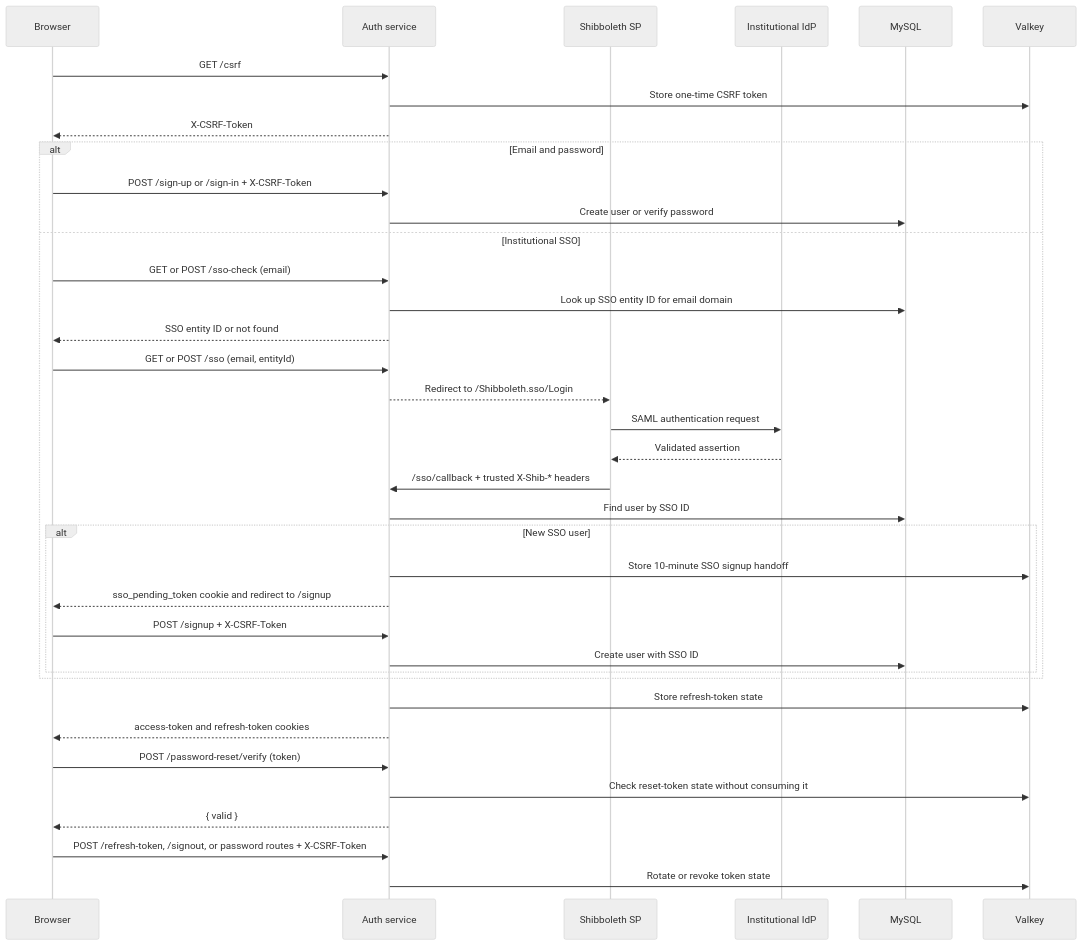
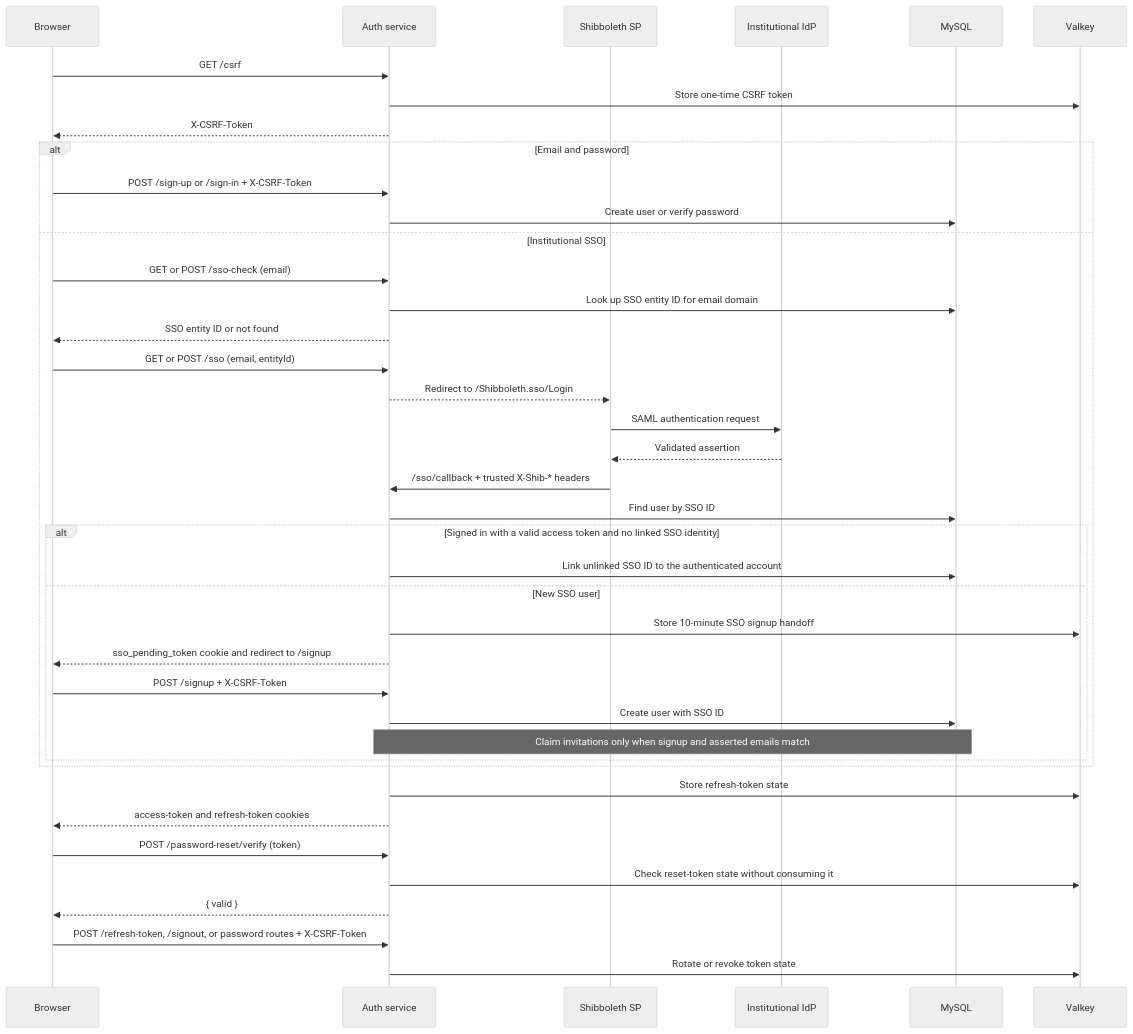
Before and after one commit to CDLUC3/dmptool-auth: the third of 4 diagrams in README.md, drawn with Mermaid (neutral theme). The commit also changed other lines of this file and 4 other files, not shown here.

Commit message:
reverted ability for users to link SSO within a sign-in. only allow invitation acceptance if email matches sso assertion for sign ups

````diff
--- a/README.md
+++ b/README.md
@@ -119,40 +119,43 @@
 ```mermaid
 sequenceDiagram
     participant Browser
     participant Auth as Auth service
     participant SP as Shibboleth SP
     participant IdP as Institutional IdP
     participant MySQL
     participant Valkey
 
     Browser->>Auth: GET /csrf
     Auth->>Valkey: Store one-time CSRF token
     Auth-->>Browser: X-CSRF-Token
     alt Email and password
         Browser->>Auth: POST /sign-up or /sign-in + X-CSRF-Token
         Auth->>MySQL: Create user or verify password
     else Institutional SSO
         Browser->>Auth: GET or POST /sso-check (email)
         Auth->>MySQL: Look up SSO entity ID for email domain
         Auth-->>Browser: SSO entity ID or not found
         Browser->>Auth: GET or POST /sso (email, entityId)
         Auth-->>SP: Redirect to /Shibboleth.sso/Login
         SP->>IdP: SAML authentication request
         IdP-->>SP: Validated assertion
         SP->>Auth: /sso/callback + trusted X-Shib-* headers
         Auth->>MySQL: Find user by SSO ID
-        alt New SSO user
+        alt Signed in with a valid access token and no linked SSO identity
+            Auth->>MySQL: Link unlinked SSO ID to the authenticated account
+        else New SSO user
             Auth->>Valkey: Store 10-minute SSO signup handoff
             Auth-->>Browser: sso_pending_token cookie and redirect to /signup
             Browser->>Auth: POST /signup + X-CSRF-Token
             Auth->>MySQL: Create user with SSO ID
+            Note over Auth,MySQL: Claim invitations only when signup and asserted emails match
         end
     end
     Auth->>Valkey: Store refresh-token state
     Auth-->>Browser: access-token and refresh-token cookies
     Browser->>Auth: POST /password-reset/verify (token)
     Auth->>Valkey: Check reset-token state without consuming it
     Auth-->>Browser: { valid }
     Browser->>Auth: POST /refresh-token, /signout, or password routes + X-CSRF-Token
     Auth->>Valkey: Rotate or revoke token state
 ```
````
